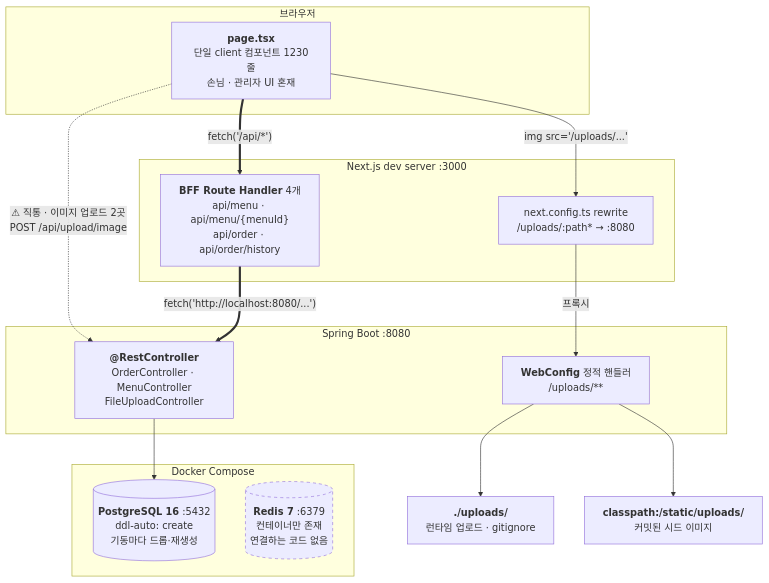
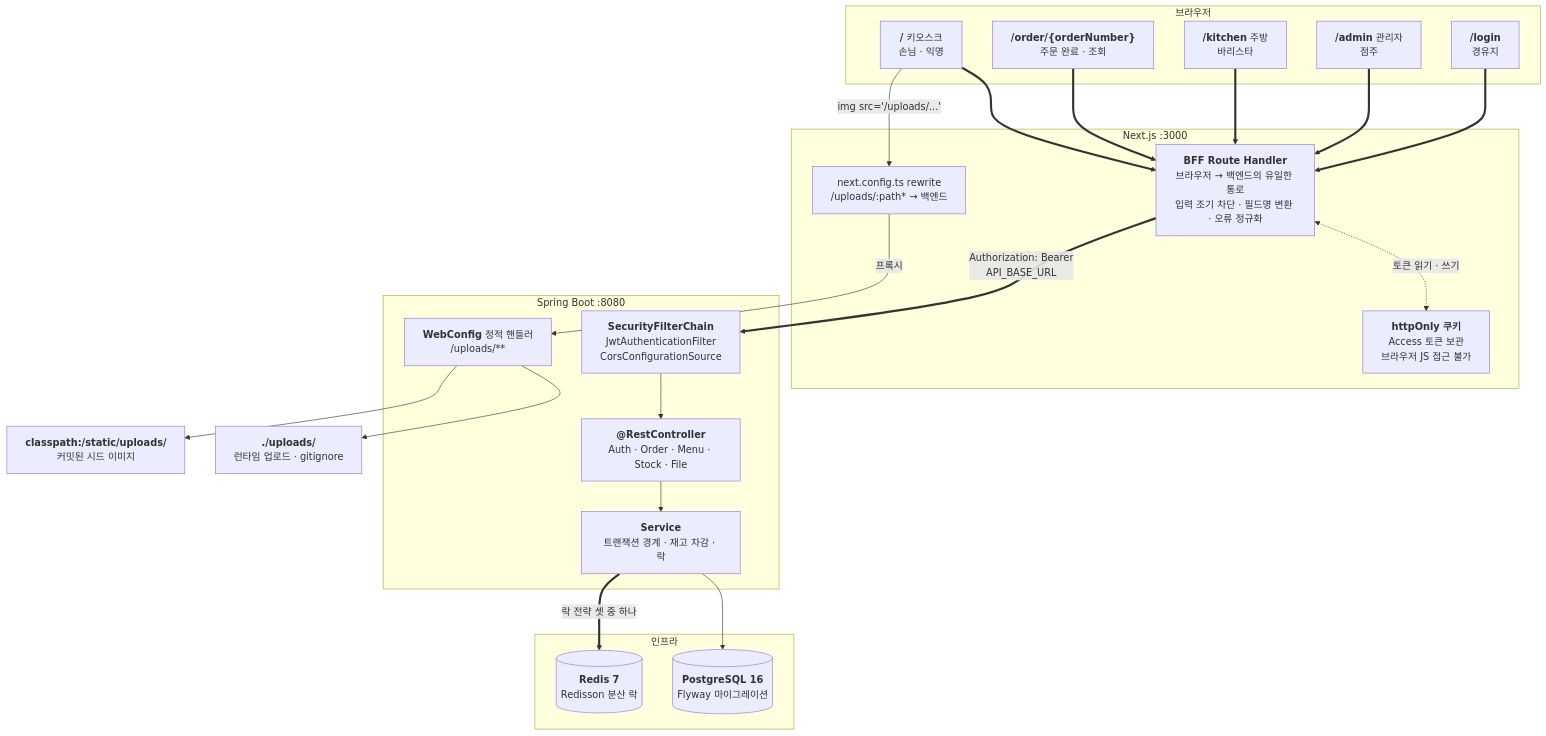
One commit to hhyukk/cafe-kiosk changed the second of 8 diagrams in docs/design/architecture.md. Above: the diagram before and after it, drawn with Mermaid. The commit also changed other lines of this file, not shown here.

````diff
--- a/docs/design/architecture.md
+++ b/docs/design/architecture.md
@@ -58,36 +60,49 @@
 ```mermaid
 flowchart TD
     subgraph BROWSER["브라우저"]
-        PAGE["<b>page.tsx</b><br/>단일 client 컴포넌트 1230줄<br/>손님 · 관리자 UI 혼재"]
+        K["<b>/</b> 키오스크<br/>손님 · 익명"]
+        ORD["<b>/order/{orderNumber}</b><br/>주문 완료 · 조회"]
+        KIT["<b>/kitchen</b> 주방<br/>바리스타"]
+        ADM["<b>/admin</b> 관리자<br/>점주"]
+        LOG["<b>/login</b><br/>경유지"]
     end
 
-    subgraph NEXT["Next.js dev server :3000"]
-        BFF["<b>BFF Route Handler</b> 4개<br/>api/menu · api/menu/{menuId}<br/>api/order · api/order/history"]
-        RW["next.config.ts rewrite<br/>/uploads/:path* → :8080"]
+    subgraph NEXT["Next.js :3000"]
+        BFF["<b>BFF Route Handler</b><br/>브라우저 → 백엔드의 유일한 통로<br/>입력 조기 차단 · 필드명 변환 · 오류 정규화"]
+        CK["<b>httpOnly 쿠키</b><br/>Access 토큰 보관<br/>브라우저 JS 접근 불가"]
+        RW["next.config.ts rewrite<br/>/uploads/:path* → 백엔드"]
     end
 
     subgraph BOOT["Spring Boot :8080"]
-        API["<b>@RestController</b><br/>OrderController · MenuController<br/>FileUploadController"]
+        SFC["<b>SecurityFilterChain</b><br/>JwtAuthenticationFilter<br/>CorsConfigurationSource"]
+        API["<b>@RestController</b><br/>Auth · Order · Menu · Stock · File"]
+        SVC["<b>Service</b><br/>트랜잭션 경계 · 재고 차감 · 락"]
         STATIC["<b>WebConfig</b> 정적 핸들러<br/>/uploads/**"]
     end
 
-    subgraph COMPOSE["Docker Compose"]
-        PG[("<b>PostgreSQL 16</b> :5432<br/>ddl-auto: create<br/>기동마다 드롭·재생성")]
-        RD[("<b>Redis 7</b> :6379<br/>컨테이너만 존재<br/>연결하는 코드 없음")]
+    subgraph INFRA["인프라"]
+        PG[("<b>PostgreSQL 16</b><br/>Flyway 마이그레이션")]
+        RD[("<b>Redis 7</b><br/>Redisson 분산 락")]
     end
 
     FS["<b>./uploads/</b><br/>런타임 업로드 · gitignore"]
     CP["<b>classpath:/static/uploads/</b><br/>커밋된 시드 이미지"]
 
-    PAGE ==>|"fetch('/api/*')"| BFF
-    BFF ==>|"fetch('http://localhost:8080/...')"| API
-    PAGE -->|"img src='/uploads/...'"| RW
+    K ==> BFF
+    ORD ==> BFF
+    KIT ==> BFF
+    ADM ==> BFF
+    LOG ==> BFF
+
+    BFF <-.->|"토큰 읽기 · 쓰기"| CK
+    BFF ==>|"Authorization: Bearer<br/>API_BASE_URL"| SFC
+    SFC --> API --> SVC
+
+    K -->|"img src='/uploads/...'"| RW
     RW -->|"프록시"| STATIC
-    PAGE -.->|"⚠ 직통 · 이미지 업로드 2곳<br/>POST /api/upload/image"| API
 
-    API --> PG
+    SVC --> PG
+    SVC ==>|"락 전략 셋 중 하나"| RD
     STATIC --> FS
     STATIC --> CP
-
-    style RD stroke-dasharray: 5 5
 ```
````
